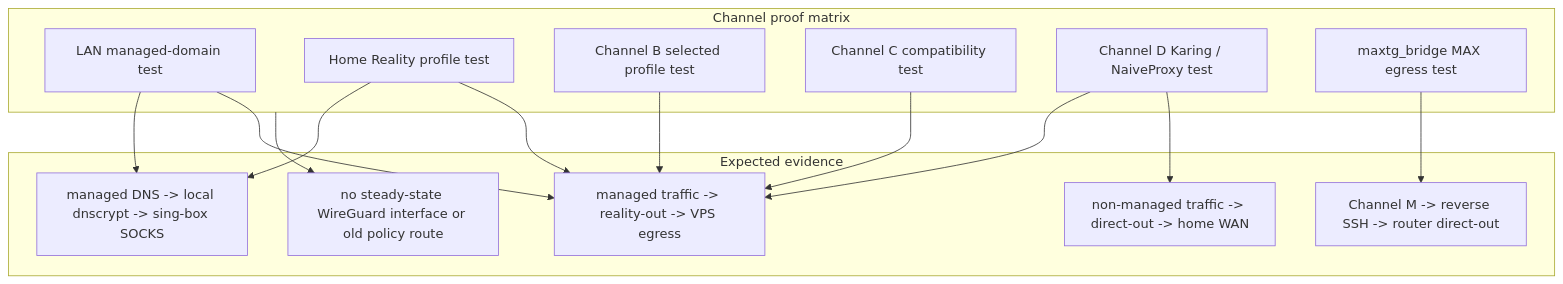
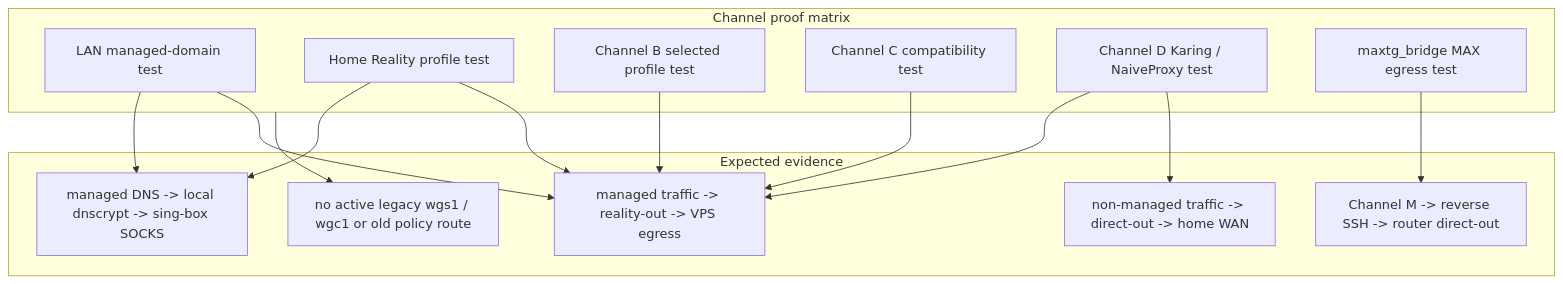
One commit to eiler2005/ghostroute changed the fifth of 5 diagrams in docs/router-runtime-map.md. Above: the diagram before and after it, drawn with Mermaid. The commit also changed other lines of this file and 59 other files, not shown here.

````diff
--- a/docs/router-runtime-map.md
+++ b/docs/router-runtime-map.md
@@ -237,30 +262,30 @@
 ```mermaid
 flowchart TB
   subgraph proofs[Channel proof matrix]
     lanTest[LAN managed-domain test]
     homeRealityTest[Home Reality profile test]
     channelBTest[Channel B selected profile test]
     channelCTest[Channel C compatibility test]
     channelDTest[Channel D Karing / NaiveProxy test]
     channelMTest[maxtg_bridge MAX egress test]
   end
 
   subgraph expected[Expected evidence]
     managedDns[managed DNS -> local dnscrypt -> sing-box SOCKS]
     realityEgress[managed traffic -> reality-out -> VPS egress]
     homeDirect[non-managed traffic -> direct-out -> home WAN]
     mDirect[Channel M -> reverse SSH -> router direct-out]
-    noWireGuard[no steady-state WireGuard interface or old policy route]
+    noWireGuard[no active legacy wgs1 / wgc1 or old policy route]
   end
 
   lanTest --> managedDns
   lanTest --> realityEgress
   homeRealityTest --> managedDns
   homeRealityTest --> realityEgress
   channelBTest --> realityEgress
   channelCTest --> realityEgress
   channelDTest --> realityEgress
   channelDTest --> homeDirect
   channelMTest --> mDirect
   proofs --> noWireGuard
 ```
````
